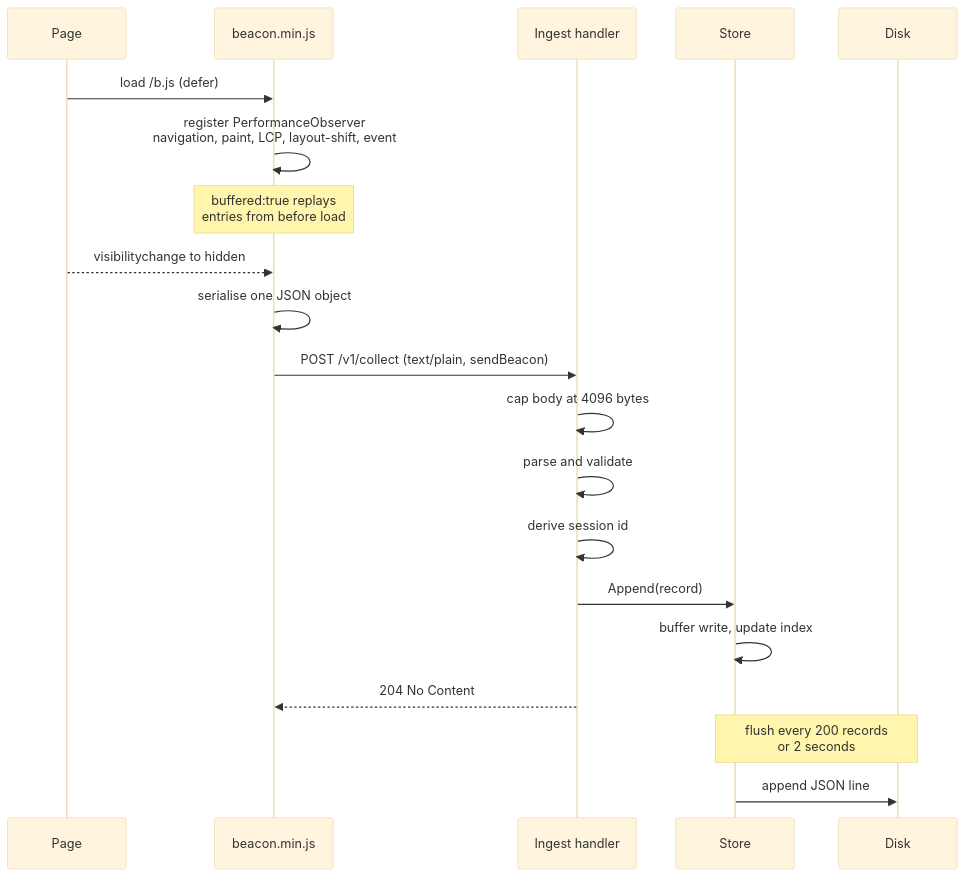
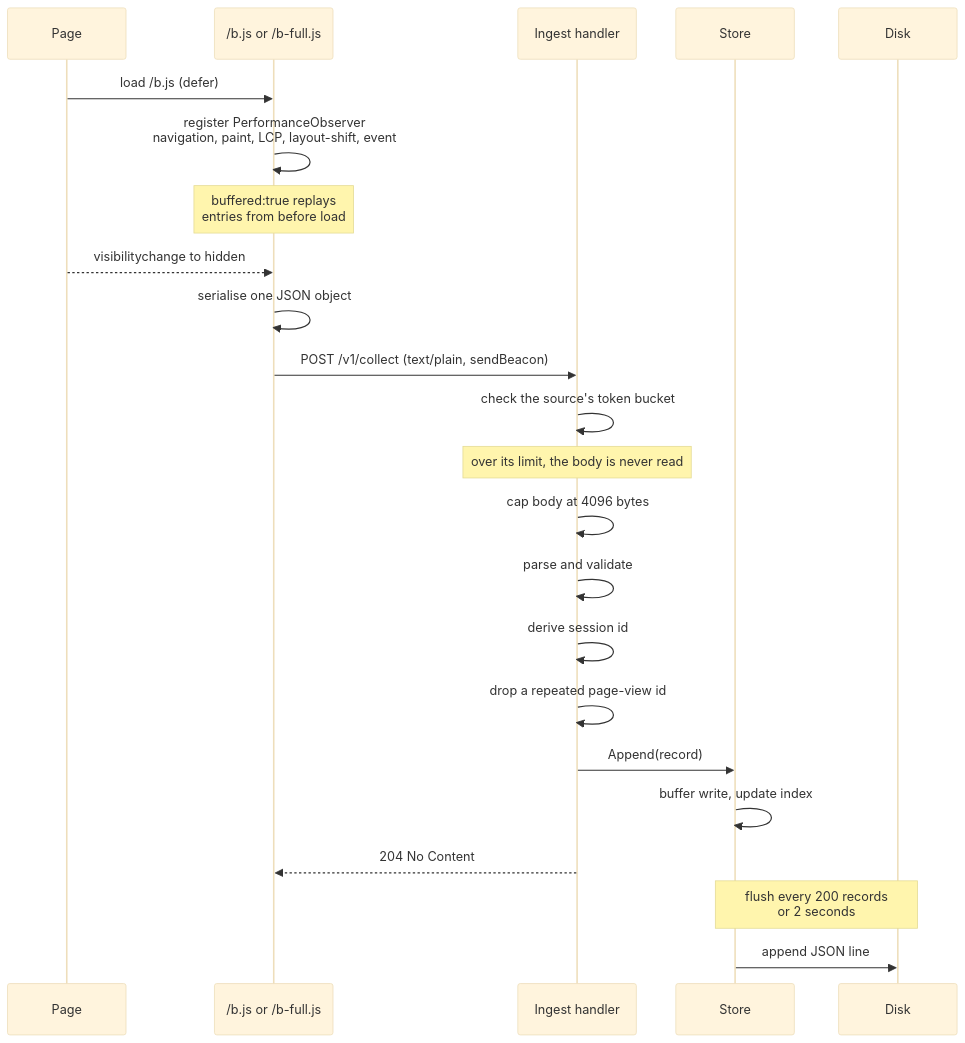
One commit to ikeshavvarshney/vitals changed the fourth of 6 diagrams in docs/architecture.md. Above: the diagram before and after it, drawn with Mermaid (base theme). The commit also changed other lines of this file and 6 other files, not shown here.

````diff
--- a/docs/architecture.md
+++ b/docs/architecture.md
@@ -149,23 +149,26 @@
 ```mermaid
 sequenceDiagram
     participant P as Page
-    participant B as beacon.min.js
+    participant B as /b.js or /b-full.js
     participant H as Ingest handler
     participant S as Store
     participant D as Disk
 
     P->>B: load /b.js (defer)
     B->>B: register PerformanceObserver<br/>navigation, paint, LCP, layout-shift, event
     Note over B: buffered:true replays<br/>entries from before load
     P-->>B: visibilitychange to hidden
     B->>B: serialise one JSON object
     B->>H: POST /v1/collect (text/plain, sendBeacon)
+    H->>H: check the source's token bucket
+    Note over H: over its limit, the body is never read
     H->>H: cap body at 4096 bytes
     H->>H: parse and validate
     H->>H: derive session id
+    H->>H: drop a repeated page-view id
     H->>S: Append(record)
     S->>S: buffer write, update index
     H-->>B: 204 No Content
     Note over S,D: flush every 200 records<br/>or 2 seconds
     S->>D: append JSON line
 ```
````
